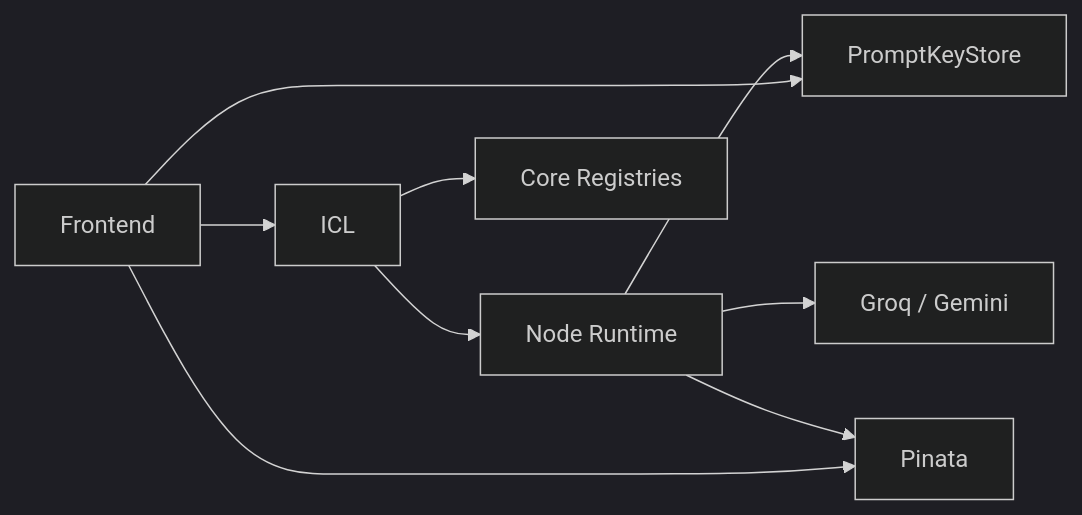
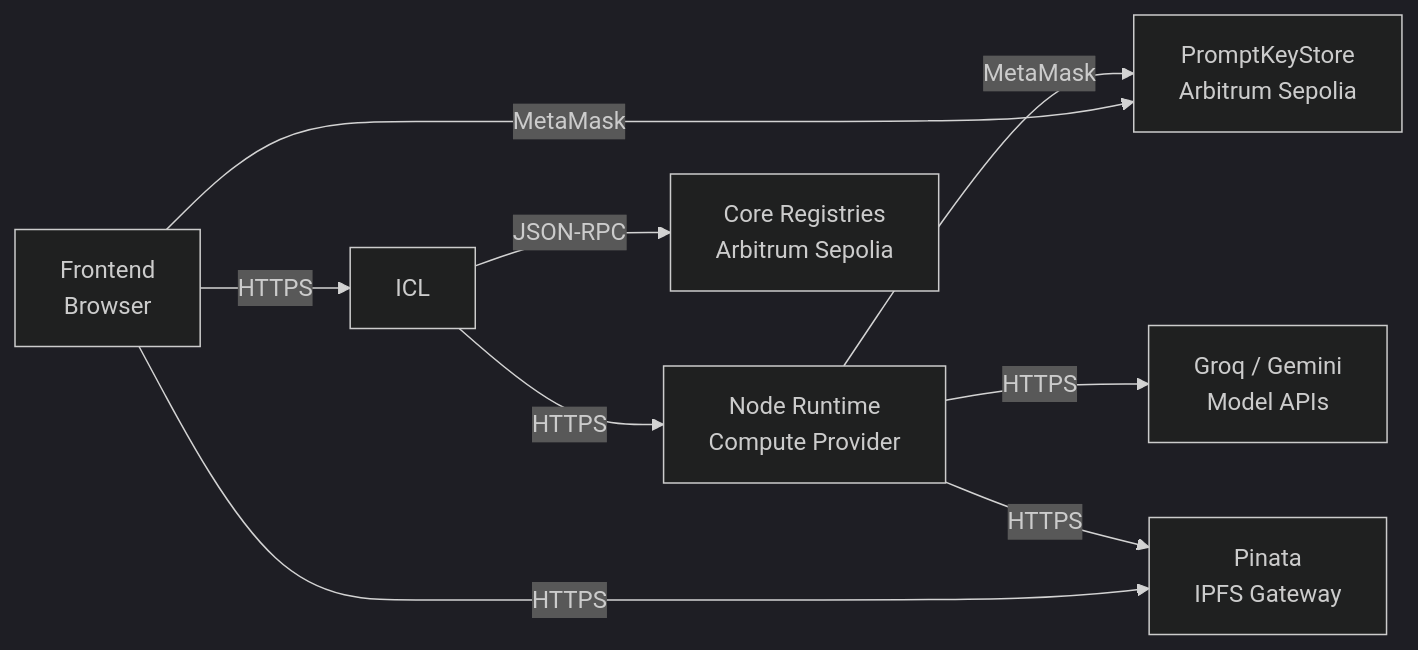
Before and after one commit to AbhishekPanwarr/Blindference: the fourth of 4 diagrams in ARCHITECTURE.md, drawn with Mermaid (dark theme). The commit also changed other lines of this file and 418 other files, not shown here.

````diff
--- a/ARCHITECTURE.md
+++ b/ARCHITECTURE.md
@@ -292,11 +332,11 @@
 ```mermaid
 flowchart LR
-    FE[Frontend] --> ICL
-    ICL --> NR[Node Runtime]
-    ICL --> REG[Core Registries]
-    FE --> PKS[PromptKeyStore]
-    NR --> PKS
-    FE --> P[Pinata]
-    NR --> P
-    NR --> M[Groq / Gemini]
+    FE[Frontend<br/>Browser] -->|HTTPS| ICL
+    ICL -->|HTTPS| NR[Node Runtime<br/>Compute Provider]
+    ICL -->|JSON-RPC| REG[Core Registries<br/>Arbitrum Sepolia]
+    FE -->|MetaMask| PKS[PromptKeyStore<br/>Arbitrum Sepolia]
+    NR -->|MetaMask| PKS
+    FE -->|HTTPS| P[Pinata<br/>IPFS Gateway]
+    NR -->|HTTPS| P
+    NR -->|HTTPS| M[Groq / Gemini<br/>Model APIs]
 ```
````
